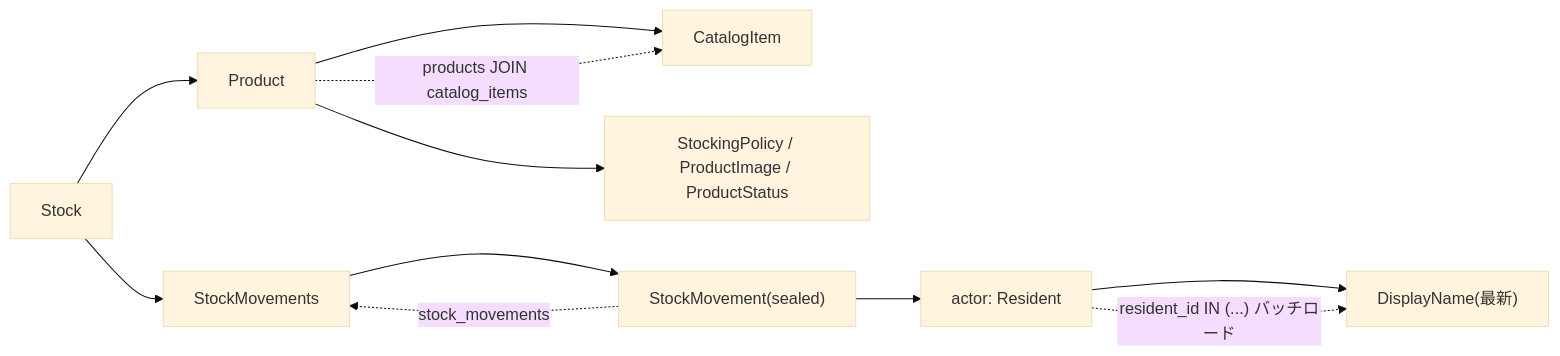
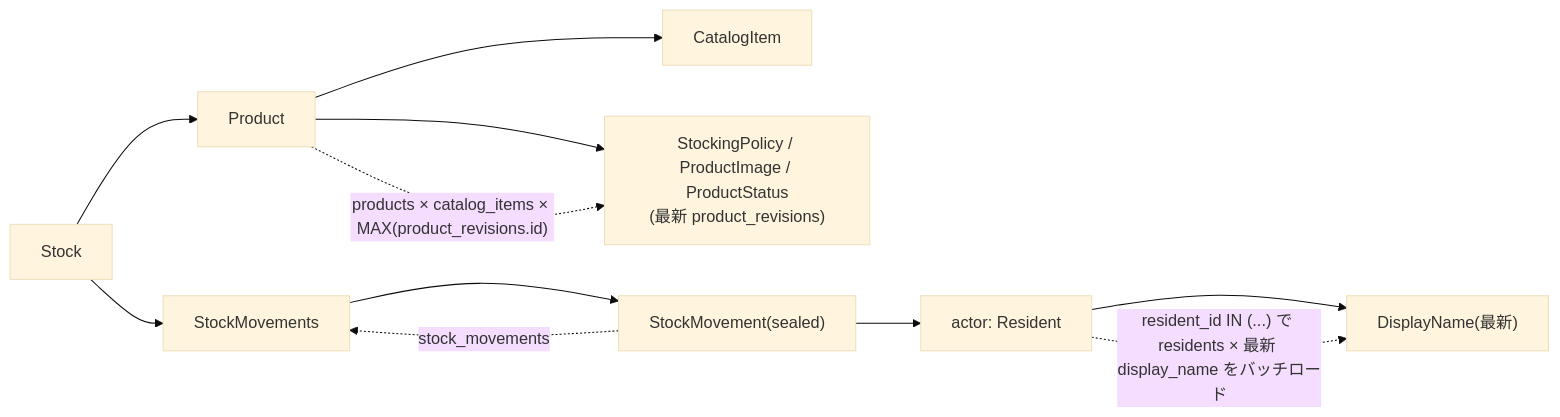
Before and after one commit to bright-room/mindstock: the third of 3 diagrams in docs/superpowers/specs/2026-06-01-p4-backend-infra-migration-design.md, drawn with Mermaid (base theme). The commit also changed other lines of this file, not shown here.

First line of the commit message:
docs(spec): P4 をレビュー反映で全面改訂(append-only 永続/catalog グローバル化/auth 分離)

````diff
--- a/docs/superpowers/specs/2026-06-01-p4-backend-infra-migration-design.md
+++ b/docs/superpowers/specs/2026-06-01-p4-backend-infra-migration-design.md
@@ -314,14 +304,14 @@
 ```mermaid
 flowchart LR
     STOCK["Stock"] --> PRODUCT["Product"]
     STOCK --> MOVEMENTS["StockMovements"]
     PRODUCT --> CATALOG["CatalogItem"]
-    PRODUCT --> POLICY["StockingPolicy / ProductImage / ProductStatus"]
+    PRODUCT --> POLICY["StockingPolicy / ProductImage / ProductStatus<br/>(最新 product_revisions)"]
     MOVEMENTS --> MV["StockMovement(sealed)"]
     MV --> ACTOR["actor: Resident"]
     ACTOR --> DN["DisplayName(最新)"]
 
-    PRODUCT -. "products JOIN catalog_items" .-> CATALOG
+    PRODUCT -. "products × catalog_items × MAX(product_revisions.id)" .-> POLICY
     MV -. "stock_movements" .-> MOVEMENTS
-    ACTOR -. "resident_id IN (...) バッチロード" .-> DN
+    ACTOR -. "resident_id IN (...) で residents × 最新 display_name をバッチロード" .-> DN
 ```
````
